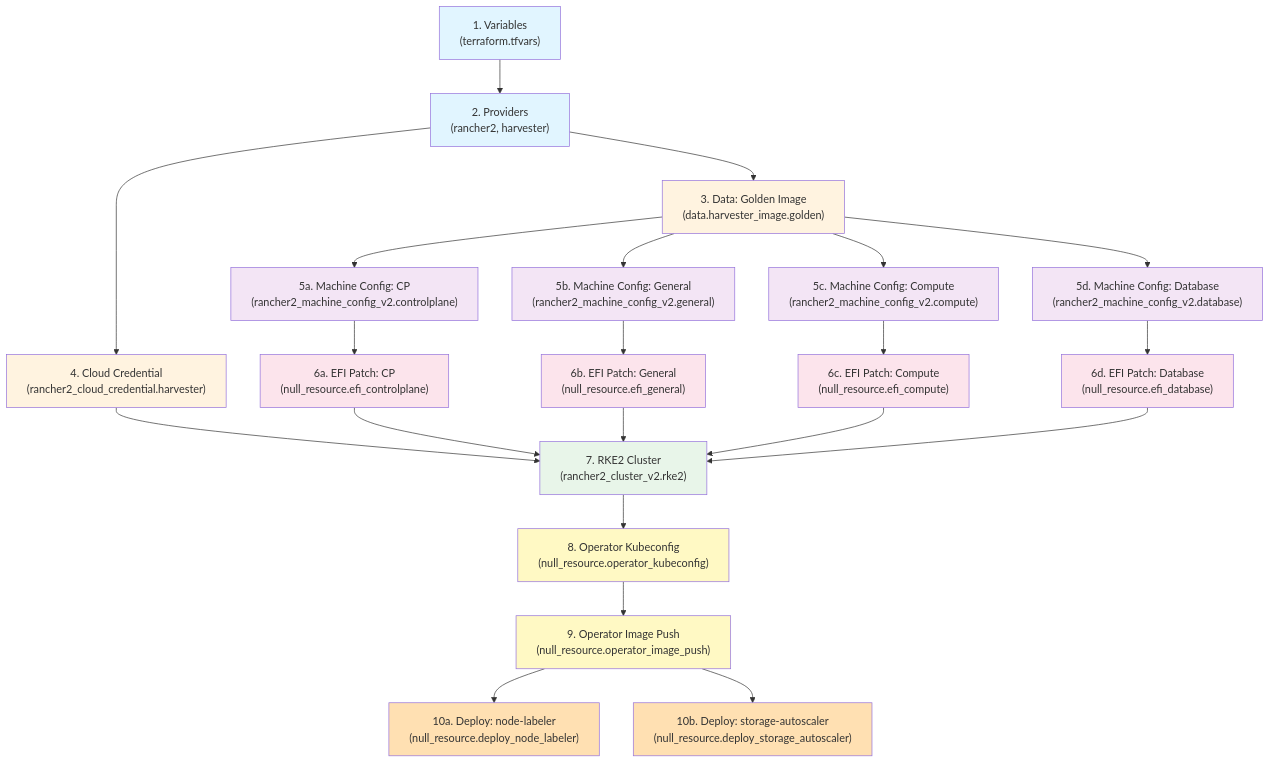
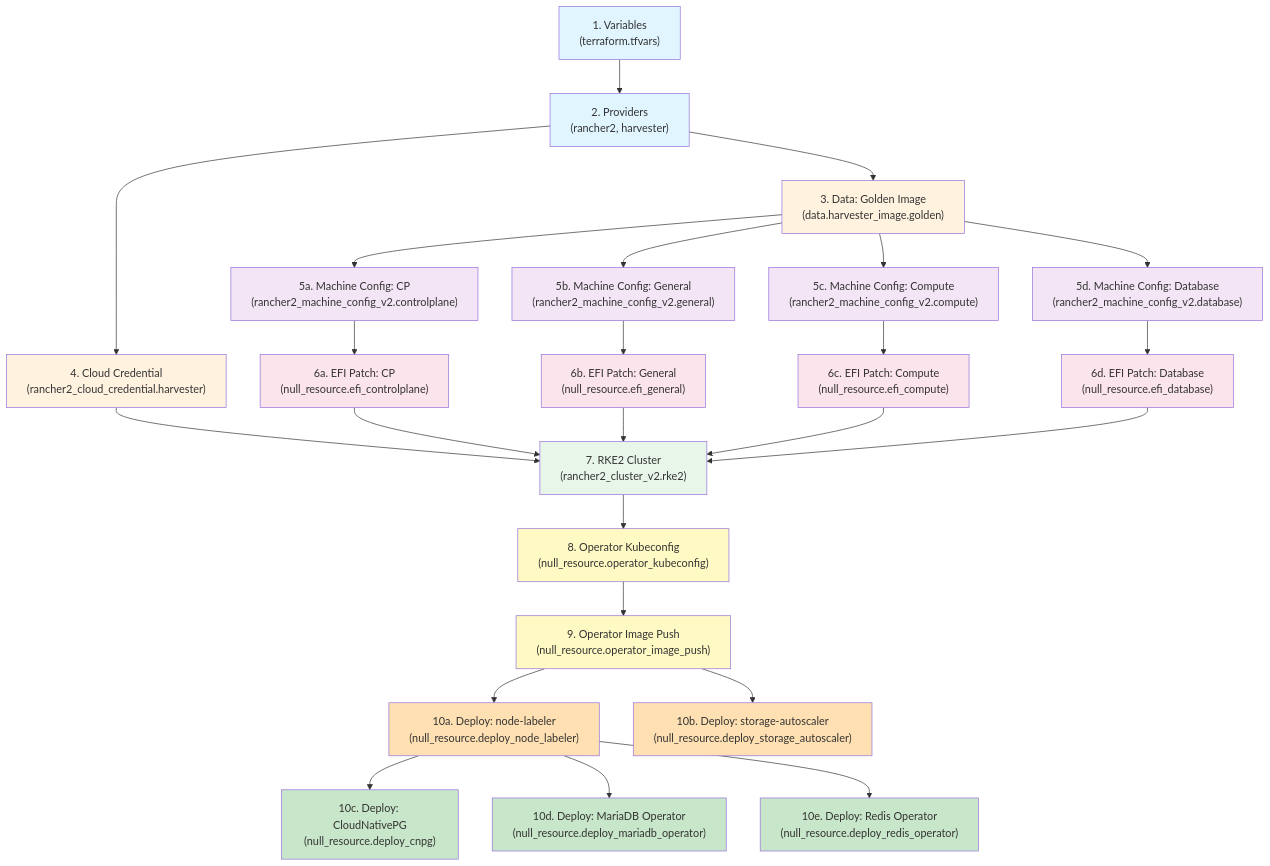
The second of 9 diagrams in docs/architecture.md (derhornspieler/harvester-rke2-cluster), drawn with Mermaid before and after one commit. The commit also changed other lines of this file and 1 other file, not shown here.

First line of the commit message:
docs: refine DB operator documentation in README and architecture guide

````diff
--- a/docs/architecture.md
+++ b/docs/architecture.md
@@ -89,64 +89,74 @@
 ```mermaid
 graph TD
     A["1. Variables<br/>(terraform.tfvars)"]
     B["2. Providers<br/>(rancher2, harvester)"]
     C["3. Data: Golden Image<br/>(data.harvester_image.golden)"]
     D["4. Cloud Credential<br/>(rancher2_cloud_credential.harvester)"]
 
     E1["5a. Machine Config: CP<br/>(rancher2_machine_config_v2.controlplane)"]
     E2["5b. Machine Config: General<br/>(rancher2_machine_config_v2.general)"]
     E3["5c. Machine Config: Compute<br/>(rancher2_machine_config_v2.compute)"]
     E4["5d. Machine Config: Database<br/>(rancher2_machine_config_v2.database)"]
 
     F1["6a. EFI Patch: CP<br/>(null_resource.efi_controlplane)"]
     F2["6b. EFI Patch: General<br/>(null_resource.efi_general)"]
     F3["6c. EFI Patch: Compute<br/>(null_resource.efi_compute)"]
     F4["6d. EFI Patch: Database<br/>(null_resource.efi_database)"]
 
     G["7. RKE2 Cluster<br/>(rancher2_cluster_v2.rke2)"]
 
     H["8. Operator Kubeconfig<br/>(null_resource.operator_kubeconfig)"]
     I["9. Operator Image Push<br/>(null_resource.operator_image_push)"]
 
     J1["10a. Deploy: node-labeler<br/>(null_resource.deploy_node_labeler)"]
     J2["10b. Deploy: storage-autoscaler<br/>(null_resource.deploy_storage_autoscaler)"]
+    J3["10c. Deploy: CloudNativePG<br/>(null_resource.deploy_cnpg)"]
+    J4["10d. Deploy: MariaDB Operator<br/>(null_resource.deploy_mariadb_operator)"]
+    J5["10e. Deploy: Redis Operator<br/>(null_resource.deploy_redis_operator)"]
 
     A --> B
     B --> C
     B --> D
     C --> E1
     C --> E2
     C --> E3
     C --> E4
     E1 --> F1
     E2 --> F2
     E3 --> F3
     E4 --> F4
     D --> G
     F1 --> G
     F2 --> G
     F3 --> G
     F4 --> G
     G --> H
     H --> I
     I --> J1
     I --> J2
+    J1 --> J3
+    J1 --> J4
+    J1 --> J5
 
     style A fill:#e1f5ff
     style B fill:#e1f5ff
     style C fill:#fff3e0
     style D fill:#fff3e0
     style E1 fill:#f3e5f5
     style E2 fill:#f3e5f5
     style E3 fill:#f3e5f5
     style E4 fill:#f3e5f5
     style F1 fill:#fce4ec
     style F2 fill:#fce4ec
     style F3 fill:#fce4ec
     style F4 fill:#fce4ec
     style G fill:#e8f5e9
     style H fill:#fff9c4
     style I fill:#fff9c4
     style J1 fill:#ffe0b2
     style J2 fill:#ffe0b2
+    style J3 fill:#c8e6c9
+    style J4 fill:#c8e6c9
+    style J5 fill:#c8e6c9
+    style J2 fill:#ffe0b2
 ```
````
